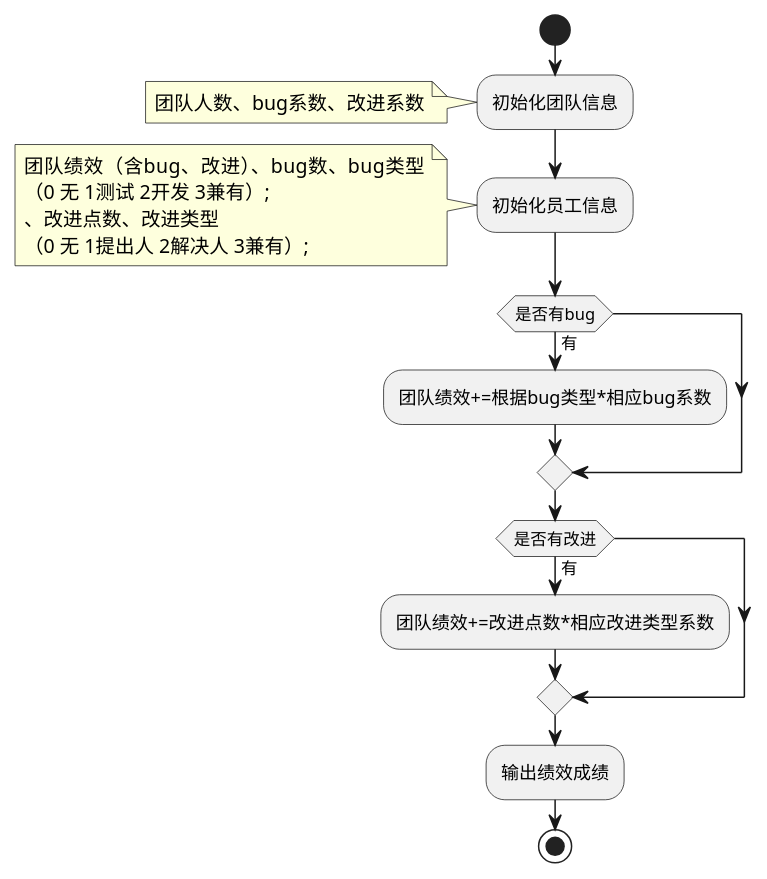
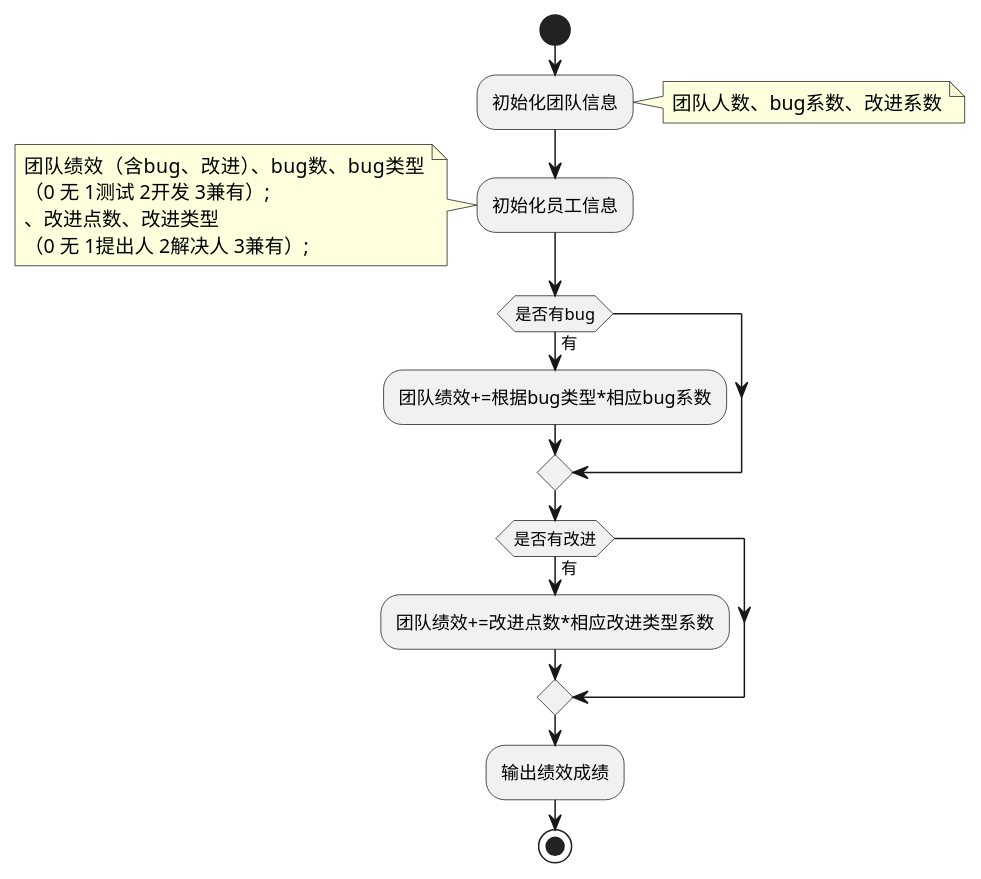
Before and after one commit to bbxyczj/fight: the diagram in src/main/java/fight/utils/test.puml, drawn with PlantUML. The commit also changed 4 other files, not shown here.

```diff
--- a/src/main/java/fight/utils/test.puml
+++ b/src/main/java/fight/utils/test.puml
@@ -1,22 +1,22 @@
 @startuml
 start
 :初始化团队信息;
-note left
+note right
         团队人数、bug系数、改进系数
 end note
 :初始化员工信息;
 note left
         团队绩效（含bug、改进）、bug数、bug类型
         （0 无 1测试 2开发 3兼有）;
         、改进点数、改进类型
         （0 无 1提出人 2解决人 3兼有）;
 end note
 if (是否有bug) then (有)
    :团队绩效+=根据bug类型*相应bug系数;
 endif
 if (是否有改进) then (有)
    :团队绩效+=改进点数*相应改进类型系数;
 endif
 :输出绩效成绩;
 stop
 @enduml
```
